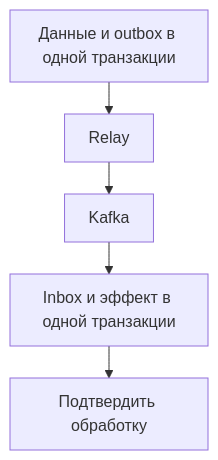
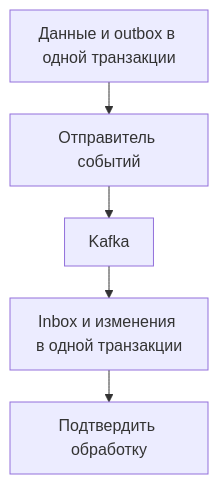
One commit to bedrock-python/bedrock-python.github.io changed the diagram in translations/ru/blog/posts/2026-09-13-reliable-events-outbox-inbox-kafka.md. Above: the diagram before and after it, drawn with Mermaid. The commit also changed other lines of this file and 24 other files, not shown here.

````diff
--- a/translations/ru/blog/posts/2026-09-13-reliable-events-outbox-inbox-kafka.md
+++ b/translations/ru/blog/posts/2026-09-13-reliable-events-outbox-inbox-kafka.md
@@ -45,22 +45,22 @@
 ```mermaid
 ---
 config:
   theme: default
   look: classic
   flowchart:
     useMaxWidth: false
     wrappingWidth: 150
     padding: 12
     nodeSpacing: 24
     rankSpacing: 32
 ---
 flowchart TD
     accTitle: Атомарность на каждой стороне доставки
-    accDescr: Отправитель фиксирует данные и outbox вместе. Потребитель фиксирует inbox и эффект вместе; между ними событие может доставляться повторно.
+    accDescr: Отправитель сохраняет данные и outbox одной транзакцией. Потребитель так же сохраняет изменения и отметку в inbox. Между этими шагами событие может доставляться повторно.
     A["Данные и outbox в одной транзакции"]
-    B["Relay"]
+    B["Отправитель событий"]
     C["Kafka"]
-    D["Inbox и эффект в одной транзакции"]
+    D["Inbox и изменения в одной транзакции"]
     E["Подтвердить обработку"]
     A --> B --> C --> D --> E
 ```
````
